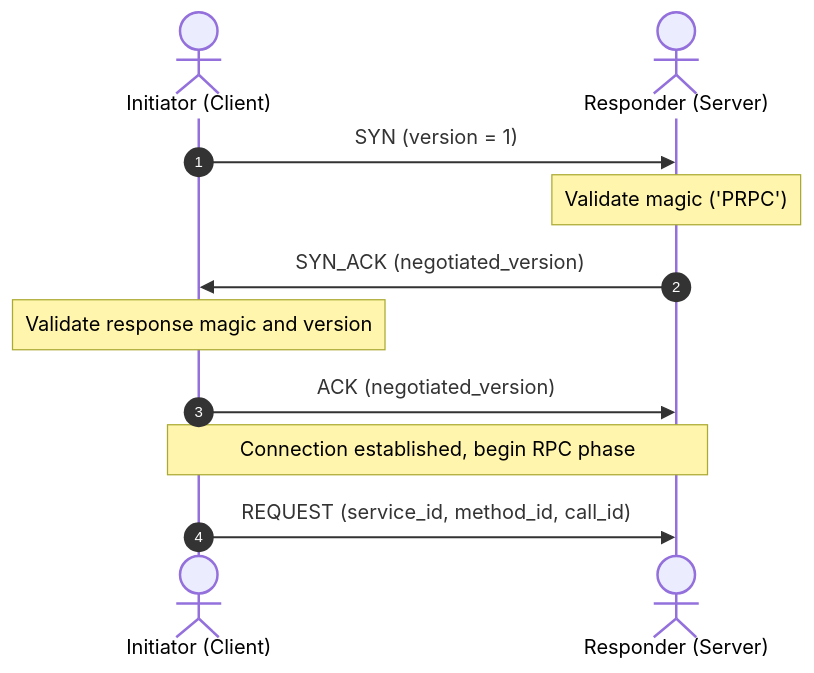
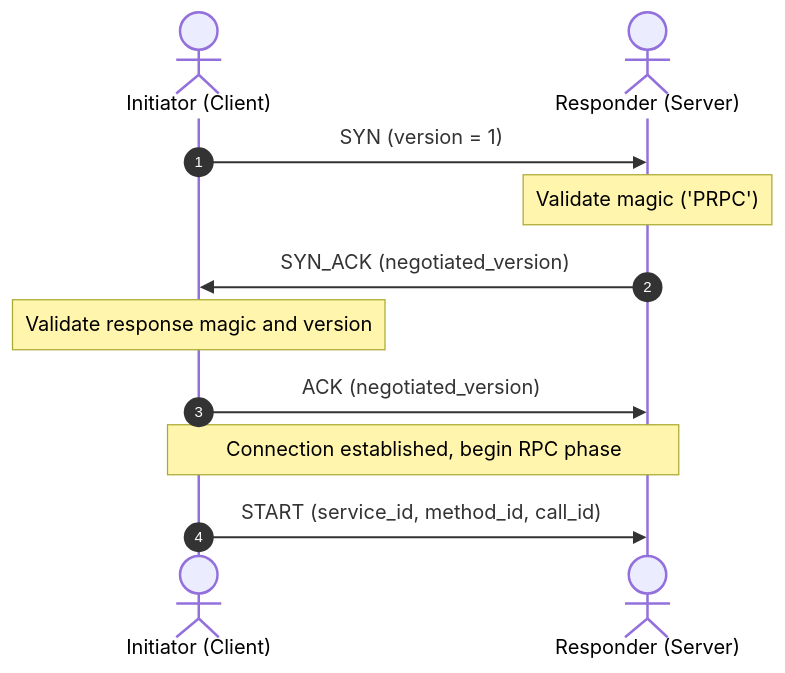
The first of 5 diagrams in pw_rpc2/protocol.rst (chromium-full-mirror/chromiumos_third_party_pigweed_pigweed), drawn with Mermaid before and after one commit. The commit also changed other lines of this file and 55 other files, not shown here.

```diff
--- a/pw_rpc2/protocol.rst
+++ b/pw_rpc2/protocol.rst
@@ -56,16 +56,16 @@
 .. mermaid::
    :alt: 3-way handshake flow
    :align: center
 
    sequenceDiagram
        autonumber
        actor C as Initiator (Client)
        actor S as Responder (Server)
 
        C->>S: SYN (version = 1)
        Note over S: Validate magic ('PRPC')
        S->>C: SYN_ACK (negotiated_version)
        Note over C: Validate response magic and version
        C->>S: ACK (negotiated_version)
        Note over C,S: Connection established, begin RPC phase
-       C->>S: REQUEST (service_id, method_id, call_id)
+       C->>S: START (service_id, method_id, call_id)
```
